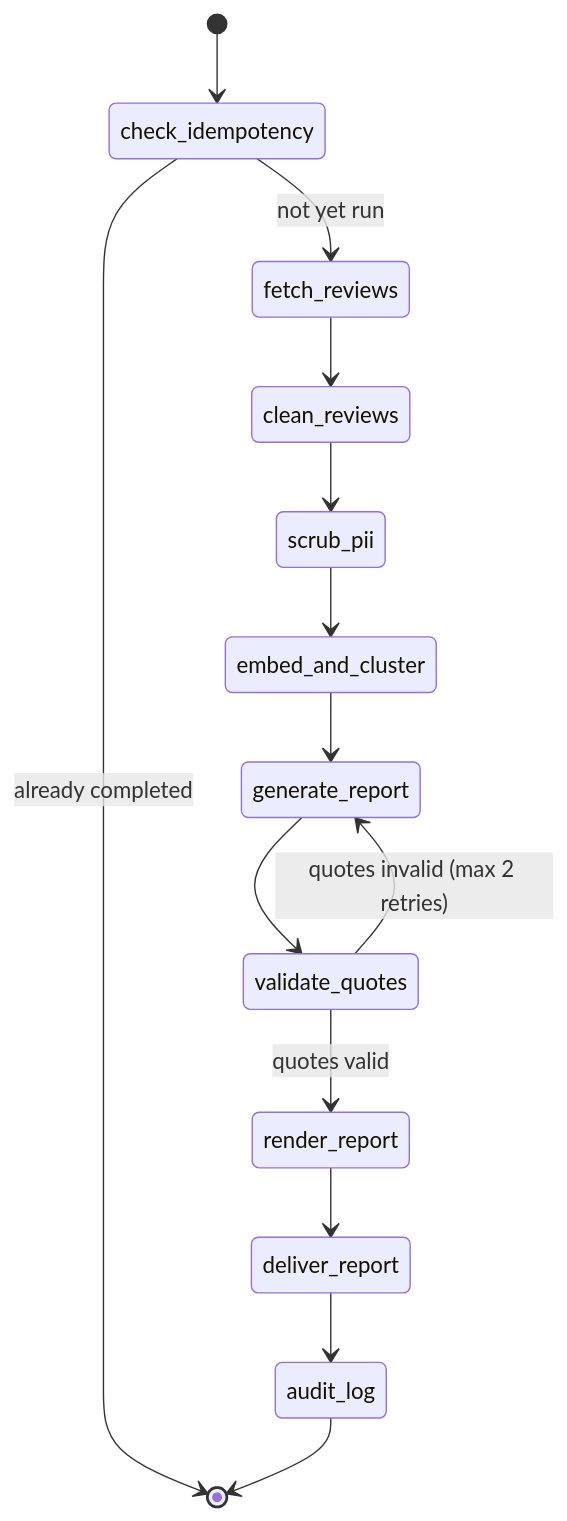
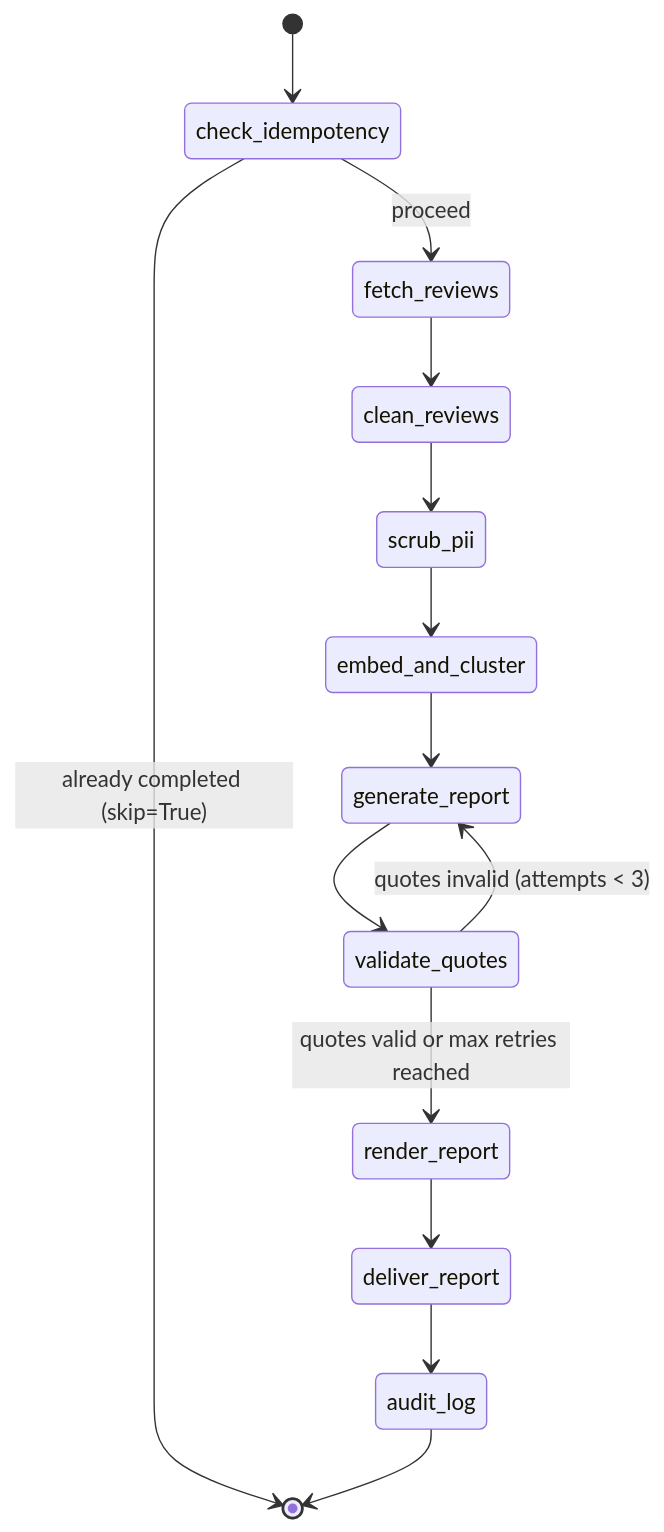
Before and after one commit to tambeaditya101/review-pulse-backend: the second of 2 diagrams in docs/architecture.md, drawn with Mermaid. The commit also changed other lines of this file and 6 other files, not shown here.

````diff
--- a/docs/architecture.md
+++ b/docs/architecture.md
@@ -154,17 +176,17 @@
 ```mermaid
 stateDiagram-v2
     [*] --> check_idempotency
-    check_idempotency --> fetch_reviews: not yet run
-    check_idempotency --> [*]: already completed
+    check_idempotency --> [*]: already completed (skip=True)
+    check_idempotency --> fetch_reviews: proceed
 
     fetch_reviews --> clean_reviews
     clean_reviews --> scrub_pii
     scrub_pii --> embed_and_cluster
     embed_and_cluster --> generate_report
     generate_report --> validate_quotes
-    validate_quotes --> render_report: quotes valid
-    validate_quotes --> generate_report: quotes invalid (max 2 retries)
+    validate_quotes --> generate_report: quotes invalid (attempts < 3)
+    validate_quotes --> render_report: quotes valid or max retries reached
     render_report --> deliver_report
     deliver_report --> audit_log
     audit_log --> [*]
 ```
````
